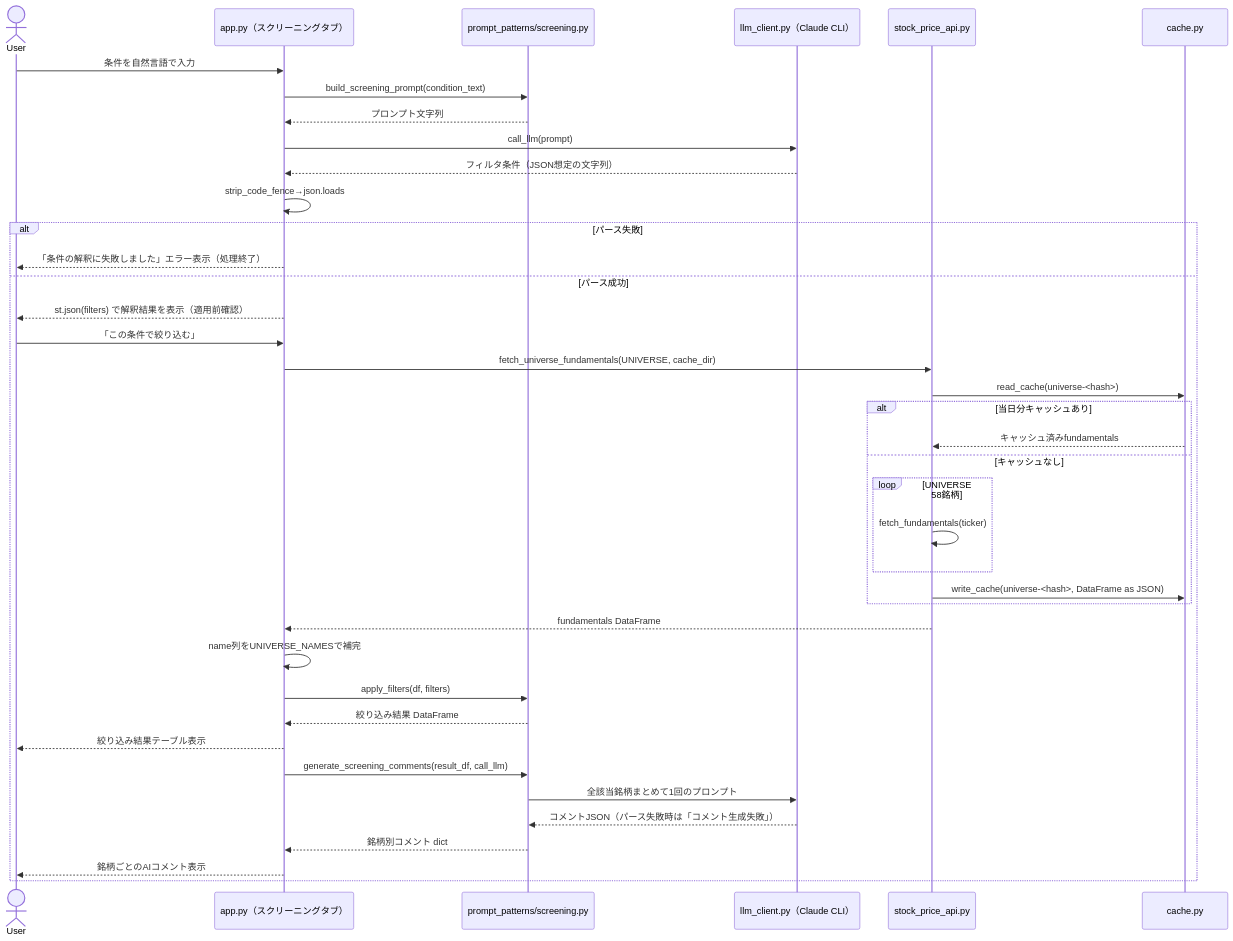
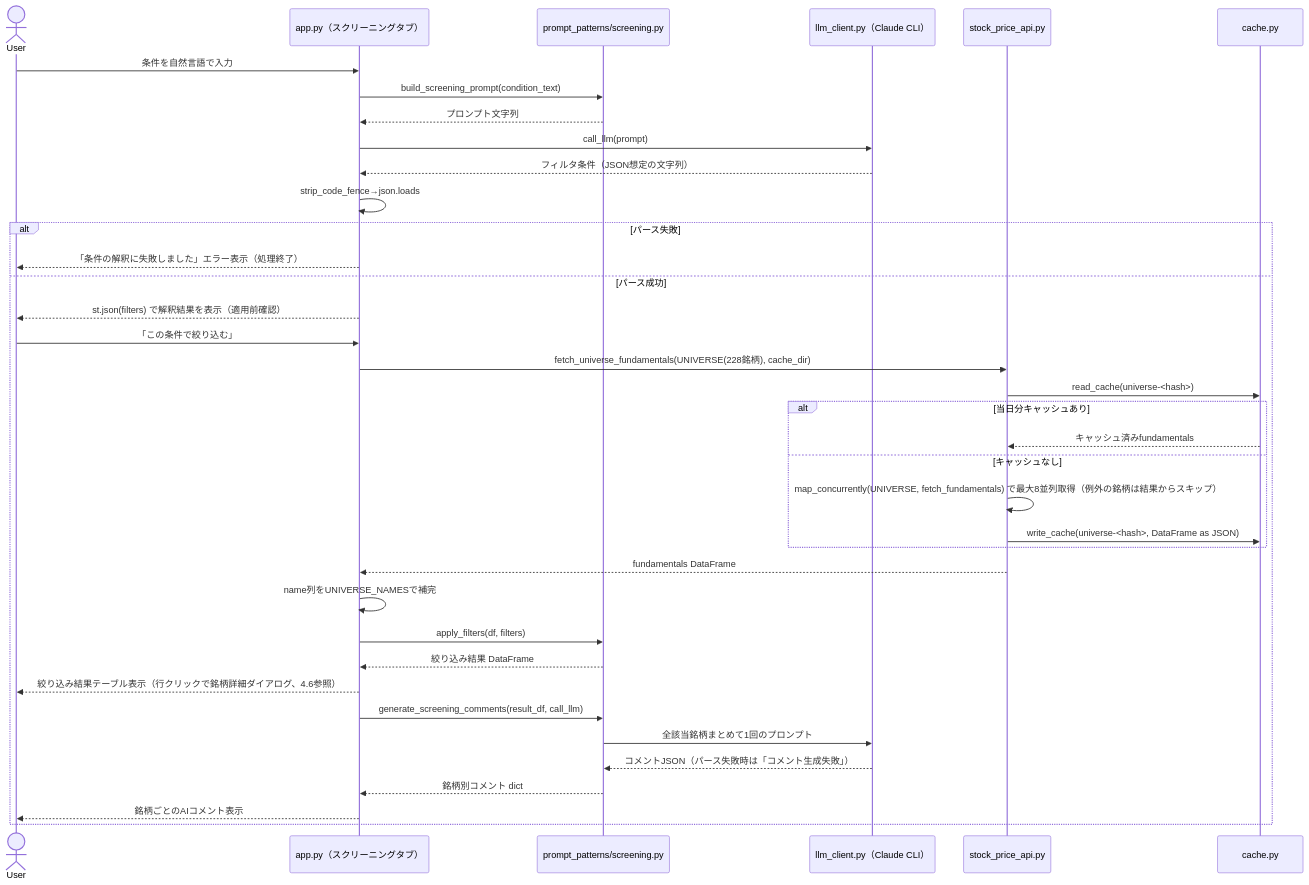
The third of 7 diagrams in app/docs/app-design.md (duwenji/ai-stock-investing-tutorial), drawn with Mermaid before and after one commit. The commit also changed other lines of this file and 1 other file, not shown here.

````diff
--- a/app/docs/app-design.md
+++ b/app/docs/app-design.md
@@ -233,42 +276,40 @@
 ```mermaid
 sequenceDiagram
     actor User
     participant UI as app.py（スクリーニングタブ）
     participant ScreenP as prompt_patterns/screening.py
     participant LLM as llm_client.py（Claude CLI）
     participant PriceAPI as stock_price_api.py
     participant Cache as cache.py
 
     User->>UI: 条件を自然言語で入力
     UI->>ScreenP: build_screening_prompt(condition_text)
     ScreenP-->>UI: プロンプト文字列
     UI->>LLM: call_llm(prompt)
     LLM-->>UI: フィルタ条件（JSON想定の文字列）
     UI->>UI: strip_code_fence→json.loads
     alt パース失敗
         UI-->>User: 「条件の解釈に失敗しました」エラー表示（処理終了）
     else パース成功
         UI-->>User: st.json(filters) で解釈結果を表示（適用前確認）
         User->>UI: 「この条件で絞り込む」
-        UI->>PriceAPI: fetch_universe_fundamentals(UNIVERSE, cache_dir)
+        UI->>PriceAPI: fetch_universe_fundamentals(UNIVERSE(228銘柄), cache_dir)
         PriceAPI->>Cache: read_cache(universe-<hash>)
         alt 当日分キャッシュあり
             Cache-->>PriceAPI: キャッシュ済みfundamentals
         else キャッシュなし
-            loop UNIVERSE 58銘柄
-                PriceAPI->>PriceAPI: fetch_fundamentals(ticker)
-            end
+            PriceAPI->>PriceAPI: map_concurrently(UNIVERSE, fetch_fundamentals) で最大8並列取得（例外の銘柄は結果からスキップ）
             PriceAPI->>Cache: write_cache(universe-<hash>, DataFrame as JSON)
         end
         PriceAPI-->>UI: fundamentals DataFrame
         UI->>UI: name列をUNIVERSE_NAMESで補完
         UI->>ScreenP: apply_filters(df, filters)
         ScreenP-->>UI: 絞り込み結果 DataFrame
-        UI-->>User: 絞り込み結果テーブル表示
+        UI-->>User: 絞り込み結果テーブル表示（行クリックで銘柄詳細ダイアログ、4.6参照）
         UI->>ScreenP: generate_screening_comments(result_df, call_llm)
         ScreenP->>LLM: 全該当銘柄まとめて1回のプロンプト
         LLM-->>ScreenP: コメントJSON（パース失敗時は「コメント生成失敗」）
         ScreenP-->>UI: 銘柄別コメント dict
         UI-->>User: 銘柄ごとのAIコメント表示
     end
 ```
````
